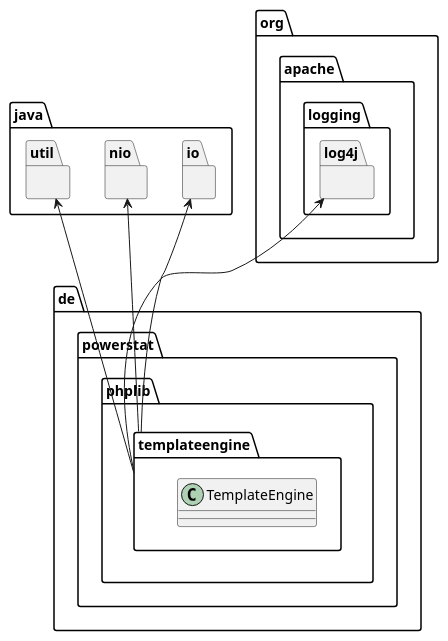
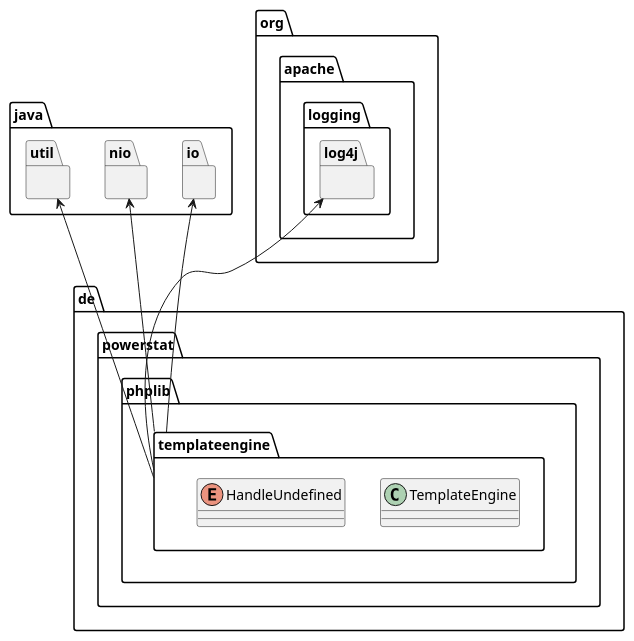
One commit to PowerStat/TemplateEngine changed the first of 2 diagrams in src/site/asciidoc/architecture/05_building_block_view.adoc. Above: the diagram before and after it, drawn with PlantUML. The commit also changed other lines of this file and 24 other files, not shown here.

```diff
--- a/src/site/asciidoc/architecture/05_building_block_view.adoc
+++ b/src/site/asciidoc/architecture/05_building_block_view.adoc
@@ -6,28 +6,29 @@
 [plantuml, target=building-block, format=png]   
 ....
 package de.powerstat.phplib.templateengine
 {
   class TemplateEngine
+  enum HandleUndefined
 }
 
 package java.io
 {
 }
 
 package java.nio
 {
 }
 
 package java.util
 {
 }
 
 package org.apache.logging.log4j
 {
 }
 
 java.io <-- de.powerstat.phplib.templateengine
 java.nio <-- de.powerstat.phplib.templateengine
 java.util <-- de.powerstat.phplib.templateengine
 org.apache.logging.log4j <-- de.powerstat.phplib.templateengine
 ....
```
